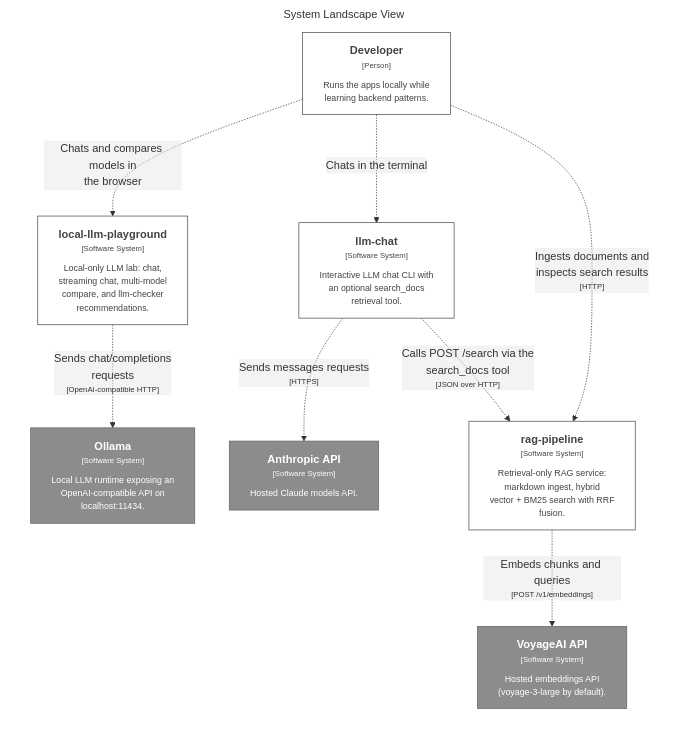
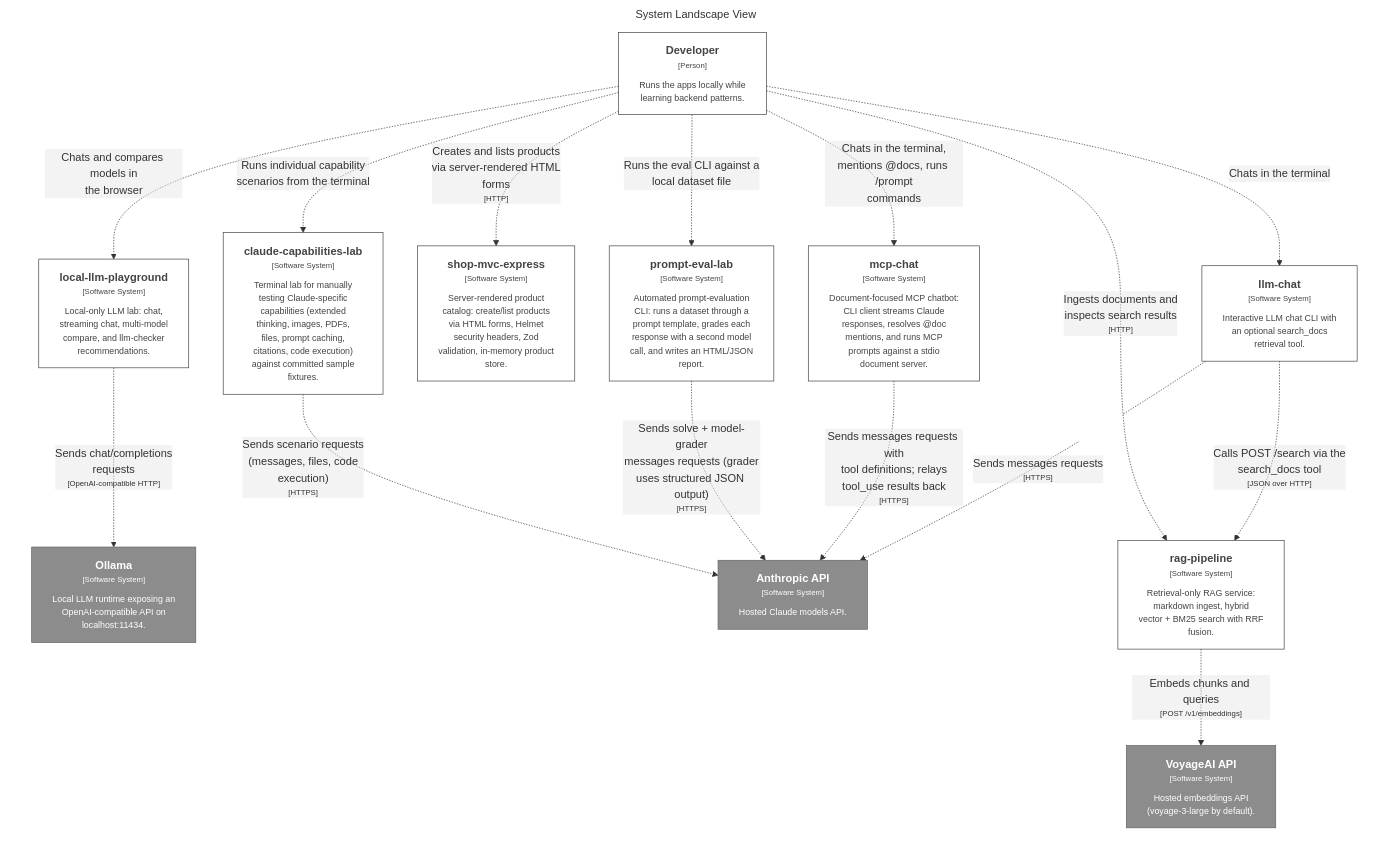
One commit to itemka/nodejs-backend-mastery changed the diagram in docs/architecture/generated/structurizr-Landscape.mmd. Above: the diagram before and after it, drawn with Mermaid. The commit also changed 5 other files, not shown here.

First line of the commit message:
docs(architecture): expand C4 model coverage

```diff
--- a/docs/architecture/generated/structurizr-Landscape.mmd
+++ b/docs/architecture/generated/structurizr-Landscape.mmd
@@ -1,30 +1,45 @@
 graph LR
   linkStyle default fill:#ffffff
 
   subgraph diagram ["System Landscape View"]
     style diagram fill:#ffffff,stroke:#ffffff
 
     1["<div style='font-weight: bold'>Developer</div><div style='font-size: 70%; margin-top: 0px'>[Person]</div><div style='font-size: 80%; margin-top:10px'>Runs the apps locally while<br />learning backend patterns.</div>"]
     style 1 fill:#ffffff,stroke:#444444,color:#444444
     10["<div style='font-weight: bold'>llm-chat</div><div style='font-size: 70%; margin-top: 0px'>[Software System]</div><div style='font-size: 80%; margin-top:10px'>Interactive LLM chat CLI with<br />an optional search_docs<br />retrieval tool.</div>"]
     style 10 fill:#ffffff,stroke:#444444,color:#444444
+    12["<div style='font-weight: bold'>shop-mvc-express</div><div style='font-size: 70%; margin-top: 0px'>[Software System]</div><div style='font-size: 80%; margin-top:10px'>Server-rendered product<br />catalog: create/list products<br />via HTML forms, Helmet<br />security headers, Zod<br />validation, in-memory product<br />store.</div>"]
+    style 12 fill:#ffffff,stroke:#444444,color:#444444
+    14["<div style='font-weight: bold'>mcp-chat</div><div style='font-size: 70%; margin-top: 0px'>[Software System]</div><div style='font-size: 80%; margin-top:10px'>Document-focused MCP chatbot:<br />CLI client streams Claude<br />responses, resolves @doc<br />mentions, and runs MCP<br />prompts against a stdio<br />document server.</div>"]
+    style 14 fill:#ffffff,stroke:#444444,color:#444444
+    17["<div style='font-weight: bold'>prompt-eval-lab</div><div style='font-size: 70%; margin-top: 0px'>[Software System]</div><div style='font-size: 80%; margin-top:10px'>Automated prompt-evaluation<br />CLI: runs a dataset through a<br />prompt template, grades each<br />response with a second model<br />call, and writes an HTML/JSON<br />report.</div>"]
+    style 17 fill:#ffffff,stroke:#444444,color:#444444
+    19["<div style='font-weight: bold'>claude-capabilities-lab</div><div style='font-size: 70%; margin-top: 0px'>[Software System]</div><div style='font-size: 80%; margin-top:10px'>Terminal lab for manually<br />testing Claude-specific<br />capabilities (extended<br />thinking, images, PDFs,<br />files, prompt caching,<br />citations, code execution)<br />against committed sample<br />fixtures.</div>"]
+    style 19 fill:#ffffff,stroke:#444444,color:#444444
     2["<div style='font-weight: bold'>Ollama</div><div style='font-size: 70%; margin-top: 0px'>[Software System]</div><div style='font-size: 80%; margin-top:10px'>Local LLM runtime exposing an<br />OpenAI-compatible API on<br />localhost:11434.</div>"]
     style 2 fill:#8c8c8c,stroke:#626262,color:#ffffff
     3["<div style='font-weight: bold'>VoyageAI API</div><div style='font-size: 70%; margin-top: 0px'>[Software System]</div><div style='font-size: 80%; margin-top:10px'>Hosted embeddings API<br />(voyage-3-large by default).</div>"]
     style 3 fill:#8c8c8c,stroke:#626262,color:#ffffff
     4["<div style='font-weight: bold'>Anthropic API</div><div style='font-size: 70%; margin-top: 0px'>[Software System]</div><div style='font-size: 80%; margin-top:10px'>Hosted Claude models API.</div>"]
     style 4 fill:#8c8c8c,stroke:#626262,color:#ffffff
     5["<div style='font-weight: bold'>local-llm-playground</div><div style='font-size: 70%; margin-top: 0px'>[Software System]</div><div style='font-size: 80%; margin-top:10px'>Local-only LLM lab: chat,<br />streaming chat, multi-model<br />compare, and llm-checker<br />recommendations.</div>"]
     style 5 fill:#ffffff,stroke:#444444,color:#444444
     8["<div style='font-weight: bold'>rag-pipeline</div><div style='font-size: 70%; margin-top: 0px'>[Software System]</div><div style='font-size: 80%; margin-top:10px'>Retrieval-only RAG service:<br />markdown ingest, hybrid<br />vector + BM25 search with RRF<br />fusion.</div>"]
     style 8 fill:#ffffff,stroke:#444444,color:#444444
 
     1-. "<div>Chats and compares models in<br />the browser</div><div style='font-size: 70%'></div>" .->5
     5-. "<div>Sends chat/completions<br />requests</div><div style='font-size: 70%'>[OpenAI-compatible HTTP]</div>" .->2
     1-. "<div>Chats in the terminal</div><div style='font-size: 70%'></div>" .->10
     10-. "<div>Sends messages requests</div><div style='font-size: 70%'>[HTTPS]</div>" .->4
     10-. "<div>Calls POST /search via the<br />search_docs tool</div><div style='font-size: 70%'>[JSON over HTTP]</div>" .->8
     1-. "<div>Ingests documents and<br />inspects search results</div><div style='font-size: 70%'>[HTTP]</div>" .->8
     8-. "<div>Embeds chunks and queries</div><div style='font-size: 70%'>[POST /v1/embeddings]</div>" .->3
+    1-. "<div>Creates and lists products<br />via server-rendered HTML<br />forms</div><div style='font-size: 70%'>[HTTP]</div>" .->12
+    1-. "<div>Chats in the terminal,<br />mentions @docs, runs /prompt<br />commands</div><div style='font-size: 70%'></div>" .->14
+    14-. "<div>Sends messages requests with<br />tool definitions; relays<br />tool_use results back</div><div style='font-size: 70%'>[HTTPS]</div>" .->4
+    1-. "<div>Runs the eval CLI against a<br />local dataset file</div><div style='font-size: 70%'></div>" .->17
+    17-. "<div>Sends solve + model-grader<br />messages requests (grader<br />uses structured JSON output)</div><div style='font-size: 70%'>[HTTPS]</div>" .->4
+    1-. "<div>Runs individual capability<br />scenarios from the terminal</div><div style='font-size: 70%'></div>" .->19
+    19-. "<div>Sends scenario requests<br />(messages, files, code<br />execution)</div><div style='font-size: 70%'>[HTTPS]</div>" .->4
 
   end
```
